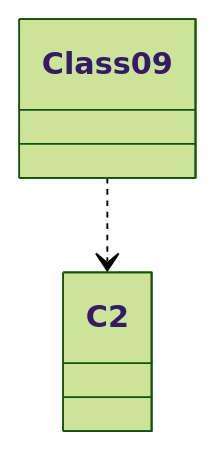
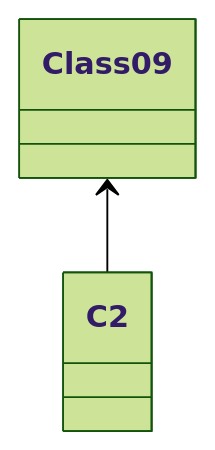
Before and after one commit to miaozhuojun/miaozhuojun.github.io: the third of 3 diagrams in _posts/2021-03-26-Hotspot-intrinsice.md, drawn with Mermaid (forest theme).

```diff
--- a/_posts/2021-03-26-Hotspot-intrinsice.md
+++ b/_posts/2021-03-26-Hotspot-intrinsice.md
@@ -445,4 +445,4 @@
 <div class="mermaid">
 classDiagram
-Class09 ..> C2
+Class09 <-- C2
 </div>
```
